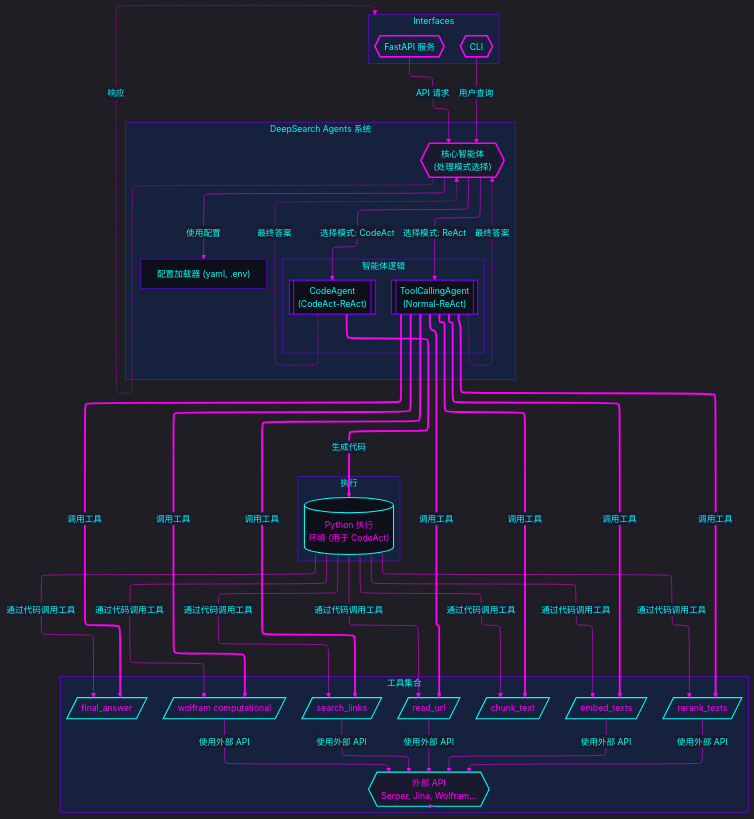
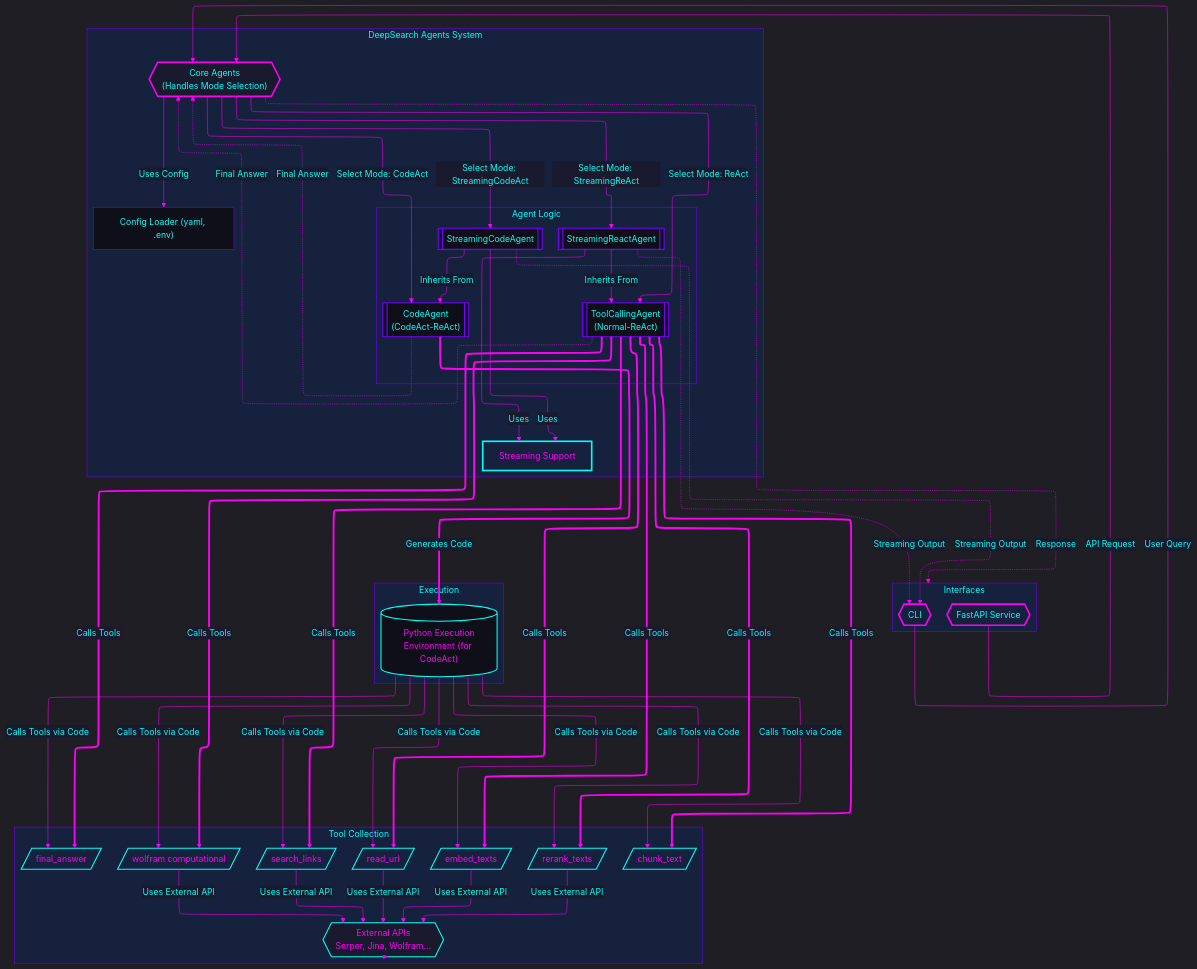
The diagram in README_Zh.md (lwyBZss8924d/DeepSearchAgents), drawn with Mermaid before and after one commit. The commit also changed other lines of this file and 38 other files, not shown here.

```diff
--- a/README_Zh.md
+++ b/README_Zh.md
@@ -211,22 +246,25 @@
     subgraph Interfaces["Interfaces"]
         direction LR
         CLI{{"CLI"}}
-        FastAPI{{"FastAPI 服务"}}
+        FastAPI{{"FastAPI Service"}}
     end
-    subgraph DeepSearchAgentSystem["DeepSearch Agents 系统"]
+    subgraph DeepSearchAgentSystem["DeepSearch Agents System"]
         direction TB
-        CoreAgents{{"核心智能体
-(处理模式选择)"}}
-        ConfigLoader["配置加载器 (yaml, .env)"]
-        subgraph Agents["智能体逻辑"]
+        CoreAgents{{"Core Agents
+(Handles Mode Selection)"}}
+        ConfigLoader["Config Loader (yaml, .env)"]
+        StreamingSupport["Streaming Support"]
+        subgraph Agents["Agent Logic"]
             direction LR
             ToolAgent[["ToolCallingAgent
 (Normal-ReAct)"]]
             CodeAgent[["CodeAgent
 (CodeAct-ReAct)"]]
+            StreamingReactAgent[["StreamingReactAgent"]]
+            StreamingCodeAgent[["StreamingCodeAgent"]]
         end
     end
-    subgraph ToolCollection["工具集合"]
+    subgraph ToolCollection["Tool Collection"]
         direction TB
         SearchLinks[/search_links/]
         ReadURL[/read_url/]
@@ -235,49 +273,57 @@
         RerankTexts[/rerank_texts/]
         Wolfram[/"wolfram computational"/]
         FinalAnswer[/final_answer/]
-        ExternalAPIs{{外部 API
+        ExternalAPIs{{External APIs
 Serper, Jina, Wolfram...}}
     end
-    subgraph Execution["执行"]
-        PythonEnv[("Python 执行
-环境 (用于 CodeAct)")]
+    subgraph Execution["Execution"]
+        PythonEnv[("Python Execution
+Environment (for CodeAct)")]
     end
 
-    CLI -- "用户查询" --> CoreAgents
-    FastAPI -- "API 请求" --> CoreAgents
-    CoreAgents -- "选择模式: ReAct" --> ToolAgent
-    CoreAgents -- "选择模式: CodeAct" --> CodeAgent
-    CoreAgents -- "使用配置" --> ConfigLoader
+    CLI -- "User Query" --> CoreAgents
+    FastAPI -- "API Request" --> CoreAgents
+    CoreAgents -- "Select Mode: ReAct" --> ToolAgent
+    CoreAgents -- "Select Mode: CodeAct" --> CodeAgent
+    CoreAgents -- "Select Mode: StreamingReAct" --> StreamingReactAgent
+    CoreAgents -- "Select Mode: StreamingCodeAct" --> StreamingCodeAgent
+    CoreAgents -- "Uses Config" --> ConfigLoader
+    StreamingReactAgent -- "Inherits From" --> ToolAgent
+    StreamingCodeAgent -- "Inherits From" --> CodeAgent
+    StreamingReactAgent -- "Uses" --> StreamingSupport
+    StreamingCodeAgent -- "Uses" --> StreamingSupport
 
-    ToolAgent == "调用工具" ==> SearchLinks
-    ToolAgent == "调用工具" ==> ReadURL
-    ToolAgent == "调用工具" ==> ChunkText
-    ToolAgent == "调用工具" ==> EmbedTexts
-    ToolAgent == "调用工具" ==> RerankTexts
-    ToolAgent == "调用工具" ==> Wolfram
-    ToolAgent == "调用工具" ==> FinalAnswer
+    ToolAgent == "Calls Tools" ==> SearchLinks
+    ToolAgent == "Calls Tools" ==> ReadURL
+    ToolAgent == "Calls Tools" ==> ChunkText
+    ToolAgent == "Calls Tools" ==> EmbedTexts
+    ToolAgent == "Calls Tools" ==> RerankTexts
+    ToolAgent == "Calls Tools" ==> Wolfram
+    ToolAgent == "Calls Tools" ==> FinalAnswer
 
-    CodeAgent == "生成代码" ==> PythonEnv
-    PythonEnv[("Python 执行
-环境 (用于 CodeAct)")]
-    PythonEnv -- "通过代码调用工具" --> SearchLinks
-    PythonEnv -- "通过代码调用工具" --> ReadURL
-    PythonEnv -- "通过代码调用工具" --> ChunkText
-    PythonEnv -- "通过代码调用工具" --> EmbedTexts
-    PythonEnv -- "通过代码调用工具" --> RerankTexts
-    PythonEnv -- "通过代码调用工具" --> Wolfram
-    PythonEnv -- "通过代码调用工具" --> FinalAnswer
+    CodeAgent == "Generates Code" ==> PythonEnv
+    PythonEnv[("Python Execution
+Environment (for CodeAct)")]
+    PythonEnv -- "Calls Tools via Code" --> SearchLinks
+    PythonEnv -- "Calls Tools via Code" --> ReadURL
+    PythonEnv -- "Calls Tools via Code" --> ChunkText
+    PythonEnv -- "Calls Tools via Code" --> EmbedTexts
+    PythonEnv -- "Calls Tools via Code" --> RerankTexts
+    PythonEnv -- "Calls Tools via Code" --> Wolfram
+    PythonEnv -- "Calls Tools via Code" --> FinalAnswer
 
-    SearchLinks -- "使用外部 API" --> ExternalAPIs
-    ReadURL -- "使用外部 API" --> ExternalAPIs
-    EmbedTexts -- "使用外部 API" --> ExternalAPIs
-    RerankTexts -- "使用外部 API" --> ExternalAPIs
-    Wolfram -- "使用外部 API" --> ExternalAPIs
+    SearchLinks -- "Uses External API" --> ExternalAPIs
+    ReadURL -- "Uses External API" --> ExternalAPIs
+    EmbedTexts -- "Uses External API" --> ExternalAPIs
+    RerankTexts -- "Uses External API" --> ExternalAPIs
+    Wolfram -- "Uses External API" --> ExternalAPIs
     ExternalAPIs -.-> ToolCollection
 
-    ToolAgent -. "最终答案" .-> CoreAgents
-    CodeAgent -. "最终答案" .-> CoreAgents
-    CoreAgents -. "响应" .-> Interfaces
+    ToolAgent -. "Final Answer" .-> CoreAgents
+    CodeAgent -. "Final Answer" .-> CoreAgents
+    StreamingReactAgent -. "Streaming Output" .-> CLI
+    StreamingCodeAgent -. "Streaming Output" .-> CLI
+    CoreAgents -. "Response" .-> Interfaces
 
     classDef default fill:#1a1a2e,stroke:#7700ff,stroke-width:2px,color:#00fff9
     classDef interface fill:#16213e,stroke:#ff00f7,stroke-width:3px,color:#00fff9
@@ -287,12 +333,16 @@
     classDef environment fill:#0f0f1a,stroke:#00fff9,stroke-width:2px,color:#ff00f7
     classDef external fill:#1a1a2e,stroke:#00fff9,stroke-width:2px,color:#ff00f7
     classDef config fill:#0f0f1a,stroke:#7700ff,stroke-width:1px,color:#00fff9
+    classDef streaming fill:#16213e,stroke:#00fff9,stroke-width:3px,color:#ff00f7
 
     CLI:::interface
     FastAPI:::interface
     CoreAgents:::manager
     ToolAgent:::agent
     CodeAgent:::agent
+    StreamingReactAgent:::agent
+    StreamingCodeAgent:::agent
+    StreamingSupport:::streaming
     SearchLinks:::tool
     ReadURL:::tool
     ChunkText:::tool
```
